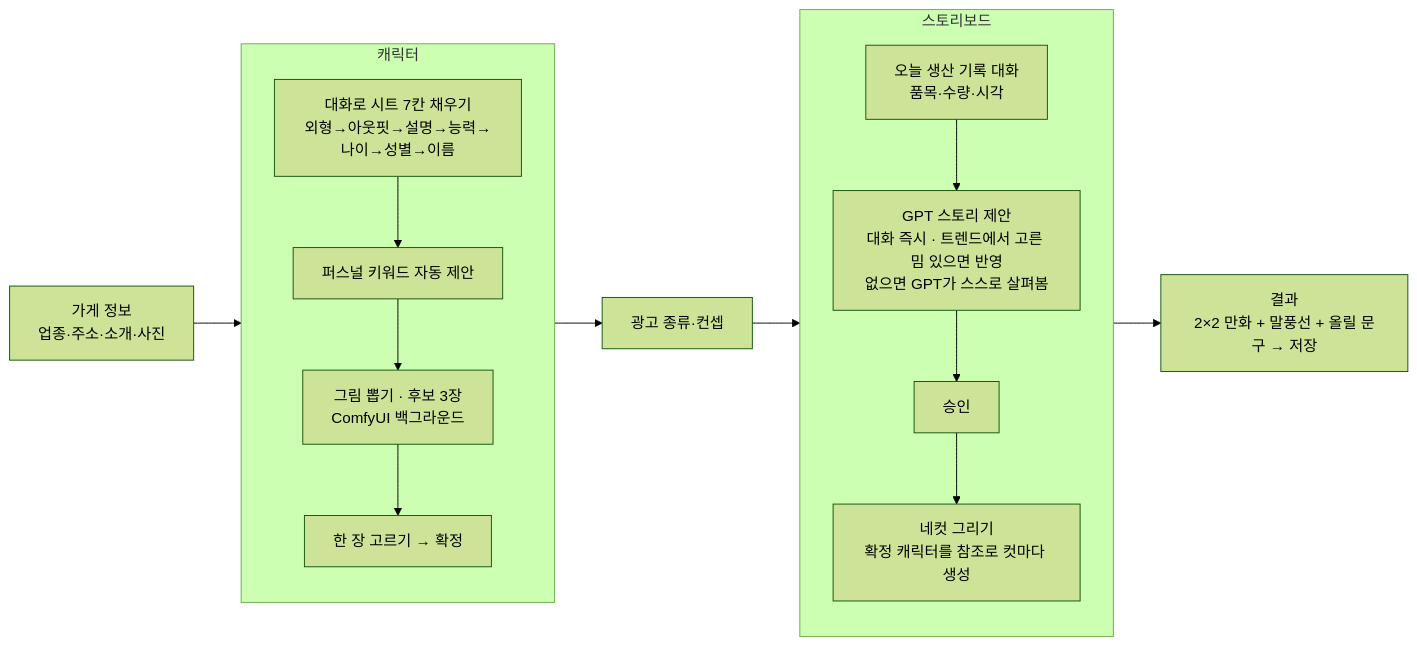
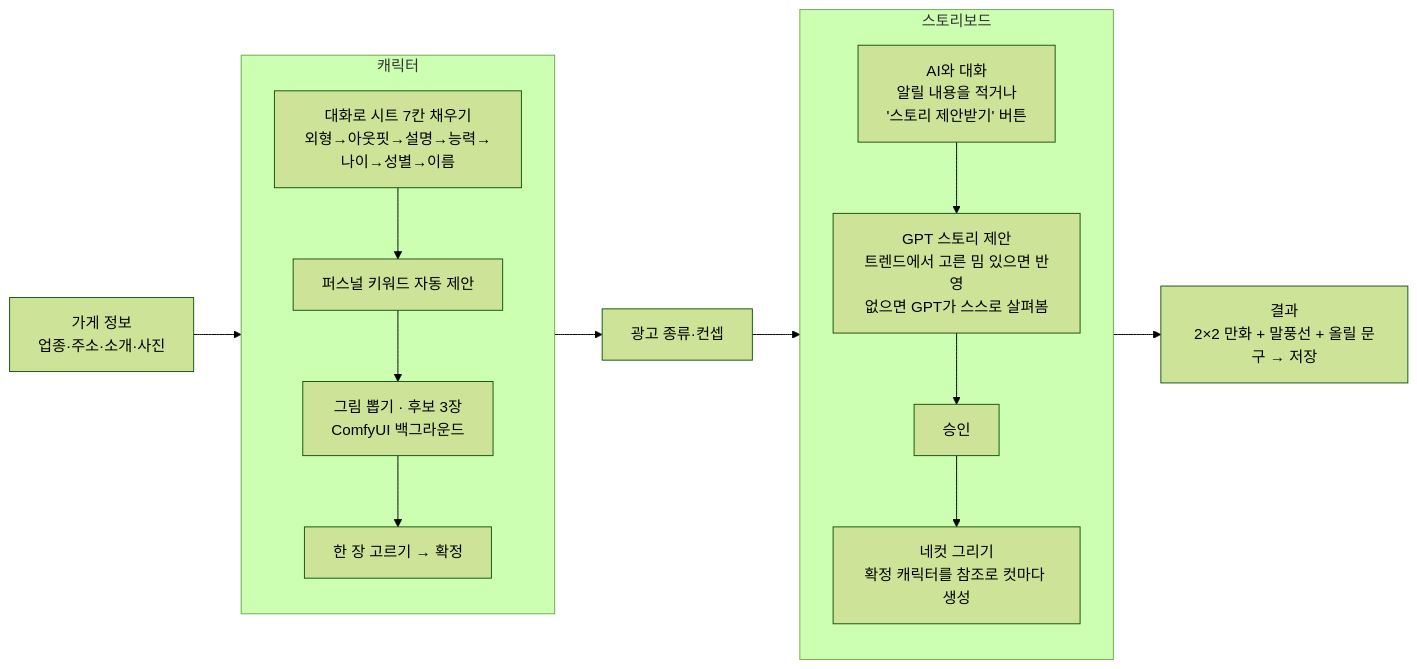
The first of 4 diagrams in README.md (beomjin2/Adflow), drawn with Mermaid (forest theme) before and after one commit. The commit also changed other lines of this file, not shown here.

First line of the commit message:
docs: README 스토리보드 흐름 최신화 + 밈 추천 mermaid 파싱 오류 수정

````diff
--- a/README.md
+++ b/README.md
@@ -8,19 +8,19 @@
 ```mermaid
 flowchart LR
     S[가게 정보<br/>업종·주소·소개·사진] --> C
     subgraph C[캐릭터]
         direction TB
         C1[대화로 시트 7칸 채우기<br/>외형→아웃핏→설명→능력→나이→성별→이름] --> C2[퍼스널 키워드 자동 제안]
         C2 --> C3[그림 뽑기 · 후보 3장<br/>ComfyUI 백그라운드]
         C3 --> C4[한 장 고르기 → 확정]
     end
     C --> A[광고 종류·컨셉]
     A --> SB
     subgraph SB[스토리보드]
         direction TB
-        B1[오늘 생산 기록 대화<br/>품목·수량·시각] --> B2[GPT 스토리 제안<br/>대화 즉시 · 트렌드에서 고른 밈 있으면 반영<br/>없으면 GPT가 스스로 살펴봄]
+        B1["AI와 대화<br/>알릴 내용을 적거나<br/>'스토리 제안받기' 버튼"] --> B2[GPT 스토리 제안<br/>트렌드에서 고른 밈 있으면 반영<br/>없으면 GPT가 스스로 살펴봄]
         B2 --> B3[승인]
         B3 --> B4[네컷 그리기<br/>확정 캐릭터를 참조로 컷마다 생성]
     end
     SB --> R[결과<br/>2×2 만화 + 말풍선 + 올릴 문구 → 저장]
 ```
````
